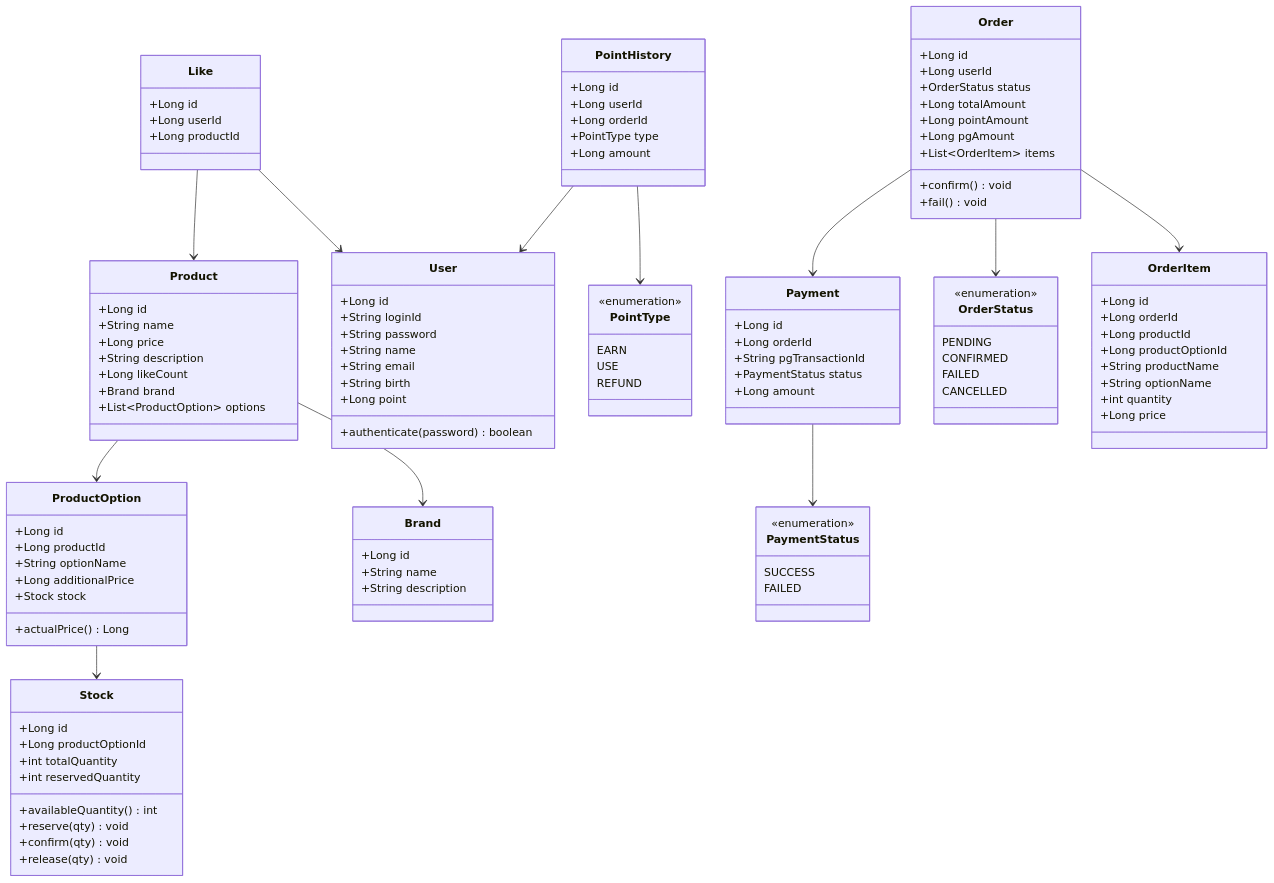
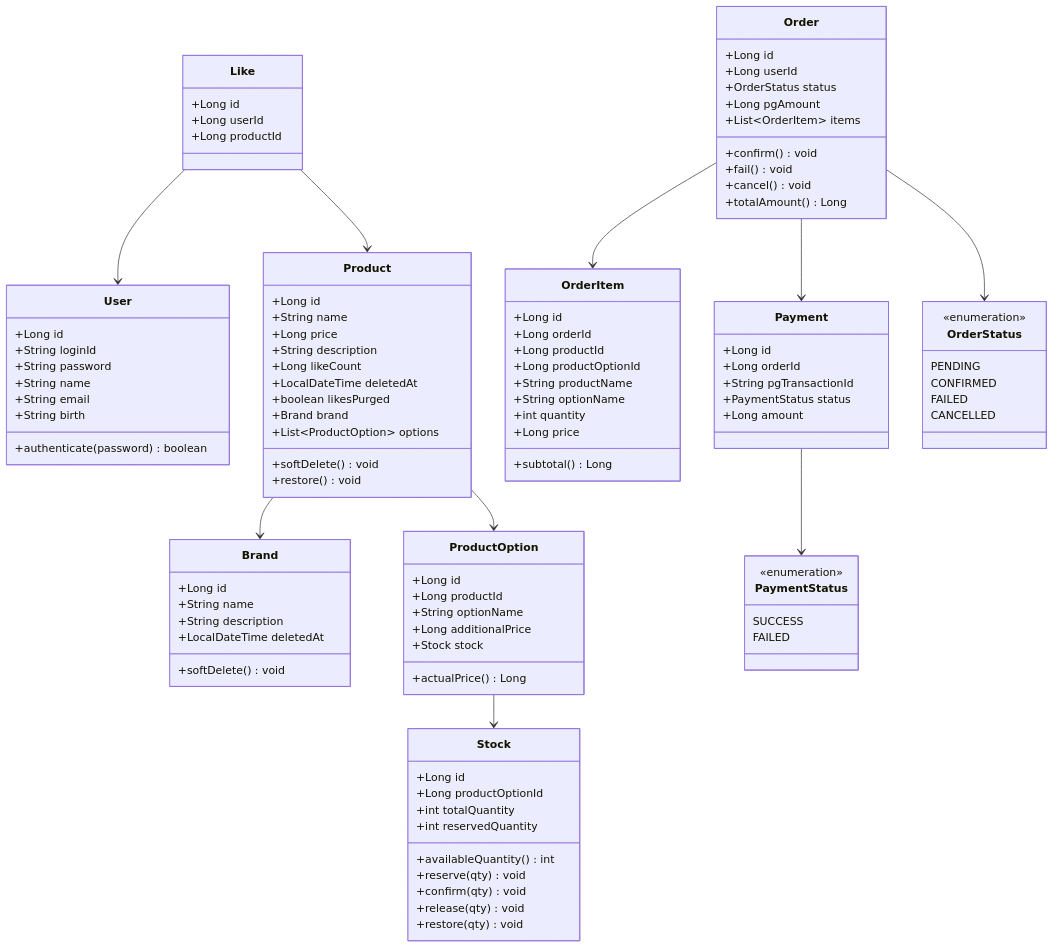
Before and after one commit to loopers-labs/loop-pack-be-l2-vol4-java: the diagram in .docs/design/03-class-diagram.md, drawn with Mermaid. The commit also changed other lines of this file and 3 other files, not shown here.

````diff
--- a/.docs/design/03-class-diagram.md
+++ b/.docs/design/03-class-diagram.md
@@ -15,7 +15,6 @@
         +String name
         +String email
         +String birth
-        +Long point
         +authenticate(password) boolean
     }
 
@@ -23,6 +22,8 @@
         +Long id
         +String name
         +String description
+        +LocalDateTime deletedAt
+        +softDelete() void
     }
 
     class Product {
@@ -31,8 +32,12 @@
         +Long price
         +String description
         +Long likeCount
+        +LocalDateTime deletedAt
+        +boolean likesPurged
         +Brand brand
         +List~ProductOption~ options
+        +softDelete() void
+        +restore() void
     }
 
     class ProductOption {
@@ -53,6 +58,7 @@
         +reserve(qty) void
         +confirm(qty) void
         +release(qty) void
+        +restore(qty) void
     }
 
     class Like {
@@ -65,12 +71,12 @@
         +Long id
         +Long userId
         +OrderStatus status
-        +Long totalAmount
-        +Long pointAmount
         +Long pgAmount
         +List~OrderItem~ items
         +confirm() void
         +fail() void
+        +cancel() void
+        +totalAmount() Long
     }
 
     class OrderItem {
@@ -82,6 +88,7 @@
         +String optionName
         +int quantity
         +Long price
+        +subtotal() Long
     }
 
     class Payment {
@@ -92,25 +99,10 @@
         +Long amount
     }
 
-    class PointHistory {
-        +Long id
-        +Long userId
-        +Long orderId
-        +PointType type
-        +Long amount
-    }
-
     class PaymentStatus {
         <<enumeration>>
         SUCCESS
         FAILED
-    }
-
-    class PointType {
-        <<enumeration>>
-        EARN
-        USE
-        REFUND
     }
 
     class OrderStatus {
@@ -128,8 +120,6 @@
     Order --> OrderStatus
     Order --> Payment
     Payment --> PaymentStatus
-    PointHistory --> PointType
-    PointHistory --> User
     Like --> User
     Like --> Product
 ```
````
